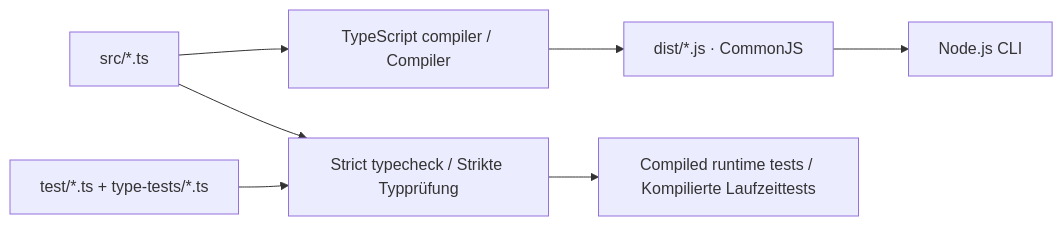
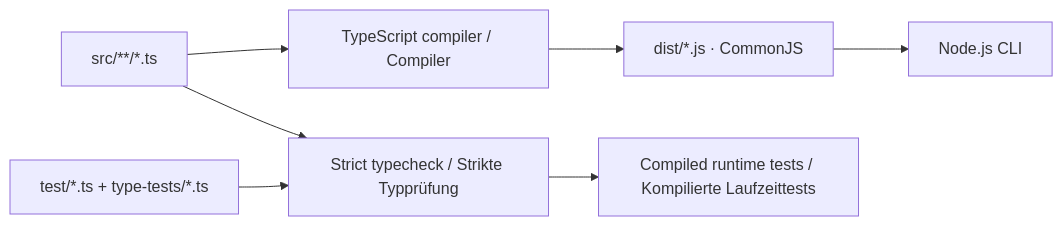
One commit to zebrajaeger/rezept-graph changed the diagram in README.md. Above: the diagram before and after it, drawn with Mermaid. The commit also changed other lines of this file and 56 other files, not shown here.

````diff
--- a/README.md
+++ b/README.md
@@ -35,9 +35,9 @@
 ```mermaid
 flowchart LR
-  S["src/*.ts"] --> C["TypeScript compiler / Compiler"]
+  S["src/**/*.ts"] --> C["TypeScript compiler / Compiler"]
   C --> D["dist/*.js · CommonJS"]
   D --> N["Node.js CLI"]
   T["test/*.ts + type-tests/*.ts"] --> Q["Strict typecheck / Strikte Typprüfung"]
   S --> Q
   Q --> R["Compiled runtime tests / Kompilierte Laufzeittests"]
 ```
````
